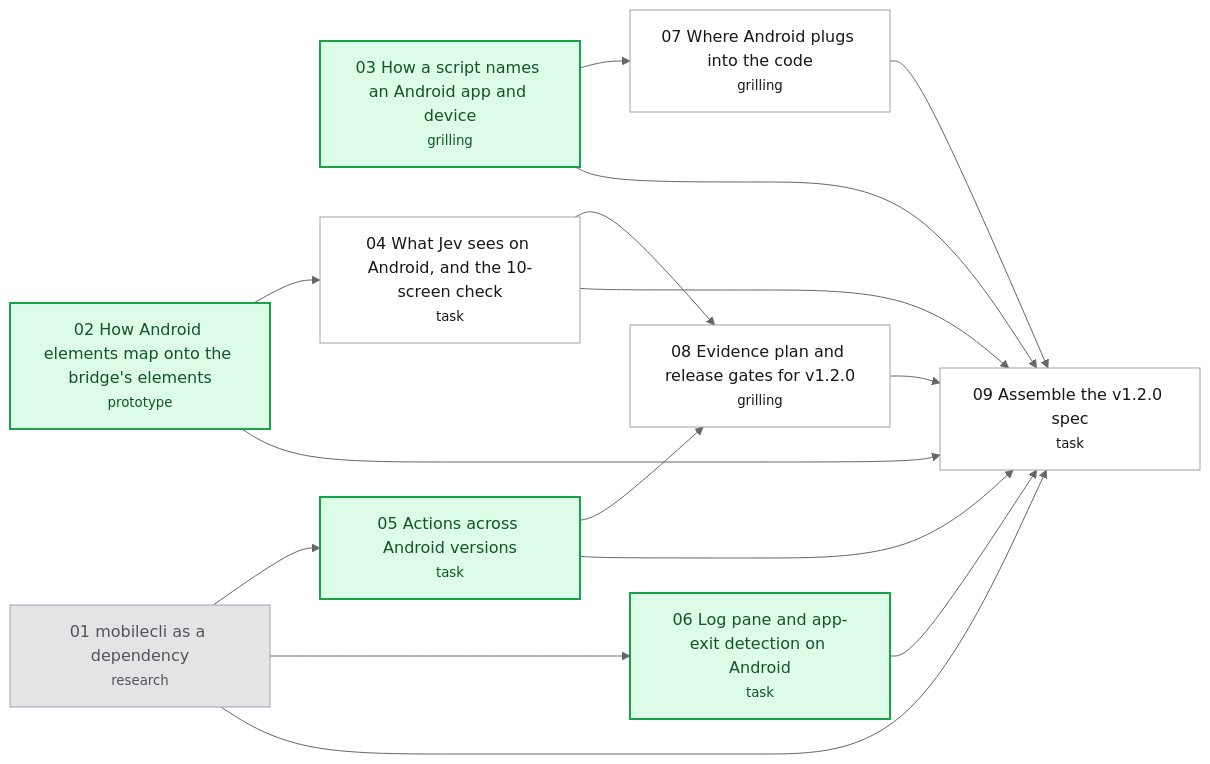
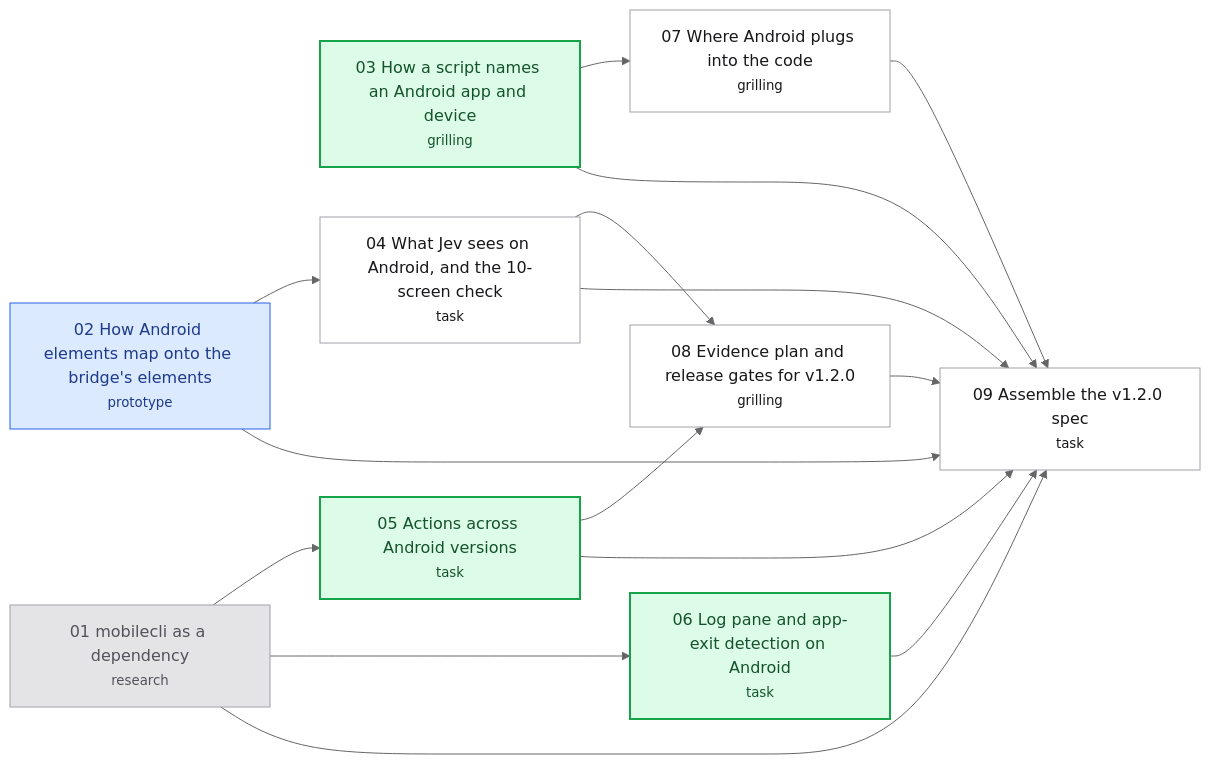
The diagram in .scratch/android-support/map.md (hugues-vnsgn/jev-ios-bridge), drawn with Mermaid (neutral theme) before and after one commit. The commit also changed 1 other file, not shown here.

Commit message:
wayfinder: claim "How Android elements map onto the bridge's elements"

````diff
--- a/.scratch/android-support/map.md
+++ b/.scratch/android-support/map.md
@@ -41,33 +41,34 @@
 ```mermaid
 flowchart LR
     T01["01 mobilecli as a dependency<br/><small>research</small>"]
     T02["02 How Android elements map onto the bridge's elements<br/><small>prototype</small>"]
     T03["03 How a script names an Android app and device<br/><small>grilling</small>"]
     T04["04 What Jev sees on Android, and the 10-screen check<br/><small>task</small>"]
     T05["05 Actions across Android versions<br/><small>task</small>"]
     T06["06 Log pane and app-exit detection on Android<br/><small>task</small>"]
     T07["07 Where Android plugs into the code<br/><small>grilling</small>"]
     T08["08 Evidence plan and release gates for v1.2.0<br/><small>grilling</small>"]
     T09["09 Assemble the v1.2.0 spec<br/><small>task</small>"]
     T02 --> T04
     T01 --> T05
     T01 --> T06
     T03 --> T07
     T04 --> T08
     T05 --> T08
     T01 --> T09
     T02 --> T09
     T03 --> T09
     T04 --> T09
     T05 --> T09
     T06 --> T09
     T07 --> T09
     T08 --> T09
     classDef resolved fill:#e4e4e7,stroke:#a1a1aa,color:#52525b
     classDef claimed fill:#dbeafe,stroke:#2563eb,color:#1e3a8a
     classDef frontier fill:#dcfce7,stroke:#16a34a,color:#14532d,stroke-width:2px
     classDef blocked fill:#ffffff,stroke:#a1a1aa,color:#18181b
     class T01 resolved
-    class T02,T03,T05,T06 frontier
+    class T02 claimed
+    class T03,T05,T06 frontier
     class T04,T07,T08,T09 blocked
 ```
````
